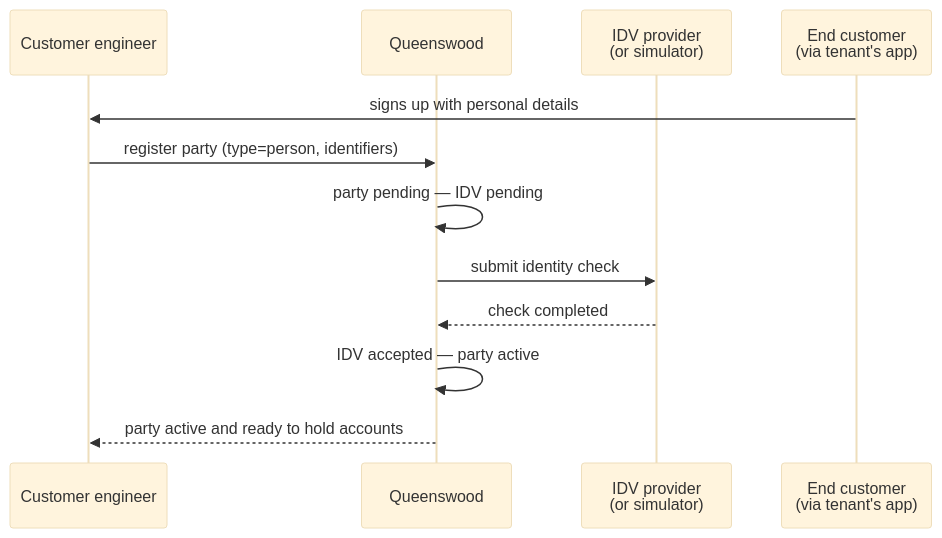
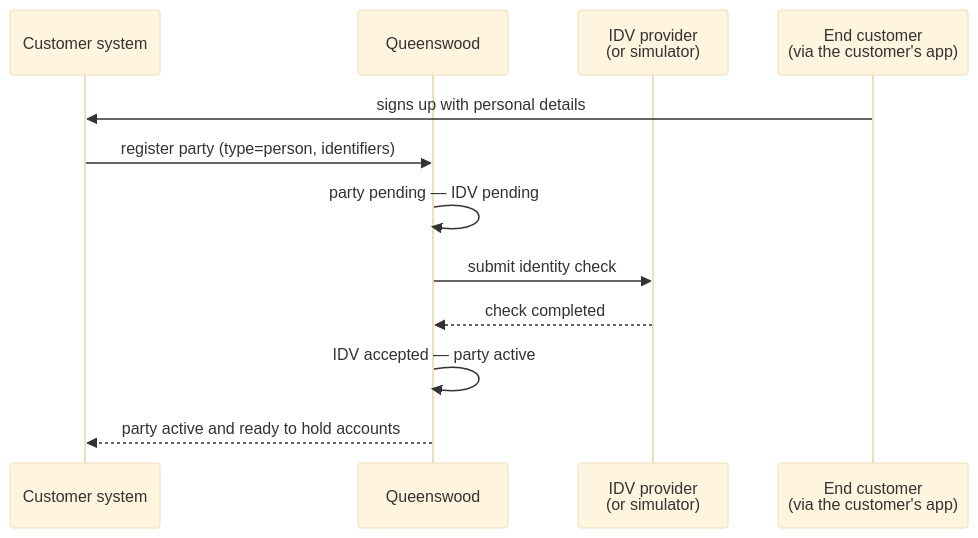
One commit to repldriven/queenswood changed the second of 5 diagrams in docs/prd/platform.md. Above: the diagram before and after it, drawn with Mermaid (base theme). The commit also changed other lines of this file and 32 other files, not shown here.

````diff
--- a/docs/prd/platform.md
+++ b/docs/prd/platform.md
@@ -218,15 +218,15 @@
 ```mermaid
 sequenceDiagram
-    participant T as Customer engineer
+    participant T as Customer system
     participant Q as Queenswood
     participant I as IDV provider<br/>(or simulator)
-    participant E as End customer<br/>(via tenant's app)
+    participant E as End customer<br/>(via the customer's app)
 
     E->>T: signs up with personal details
     T->>Q: register party (type=person, identifiers)
     Q->>Q: party pending — IDV pending
     Q->>I: submit identity check
     I-->>Q: check completed
     Q->>Q: IDV accepted — party active
     Q-->>T: party active and ready to hold accounts
 ```
````
